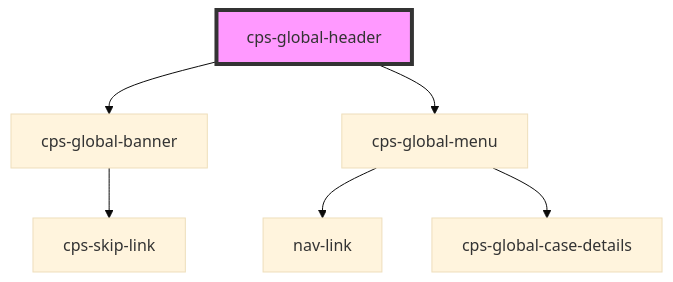
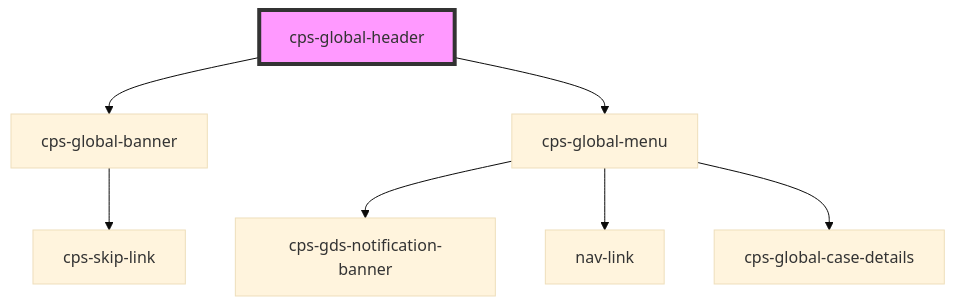
Before and after one commit to CPS-Innovation/global-components: the diagram in packages/cps-global-components/src/components/cps-global-header/readme.md, drawn with Mermaid (base theme). The commit also changed 14 other files, not shown here.

````diff
--- a/packages/cps-global-components/src/components/cps-global-header/readme.md
+++ b/packages/cps-global-components/src/components/cps-global-header/readme.md
@@ -23,9 +23,10 @@
 ```mermaid
 graph TD;
   cps-global-header --> cps-global-banner
   cps-global-header --> cps-global-menu
   cps-global-banner --> cps-skip-link
+  cps-global-menu --> cps-gds-notification-banner
   cps-global-menu --> nav-link
   cps-global-menu --> cps-global-case-details
   style cps-global-header fill:#f9f,stroke:#333,stroke-width:4px
 ```
````
